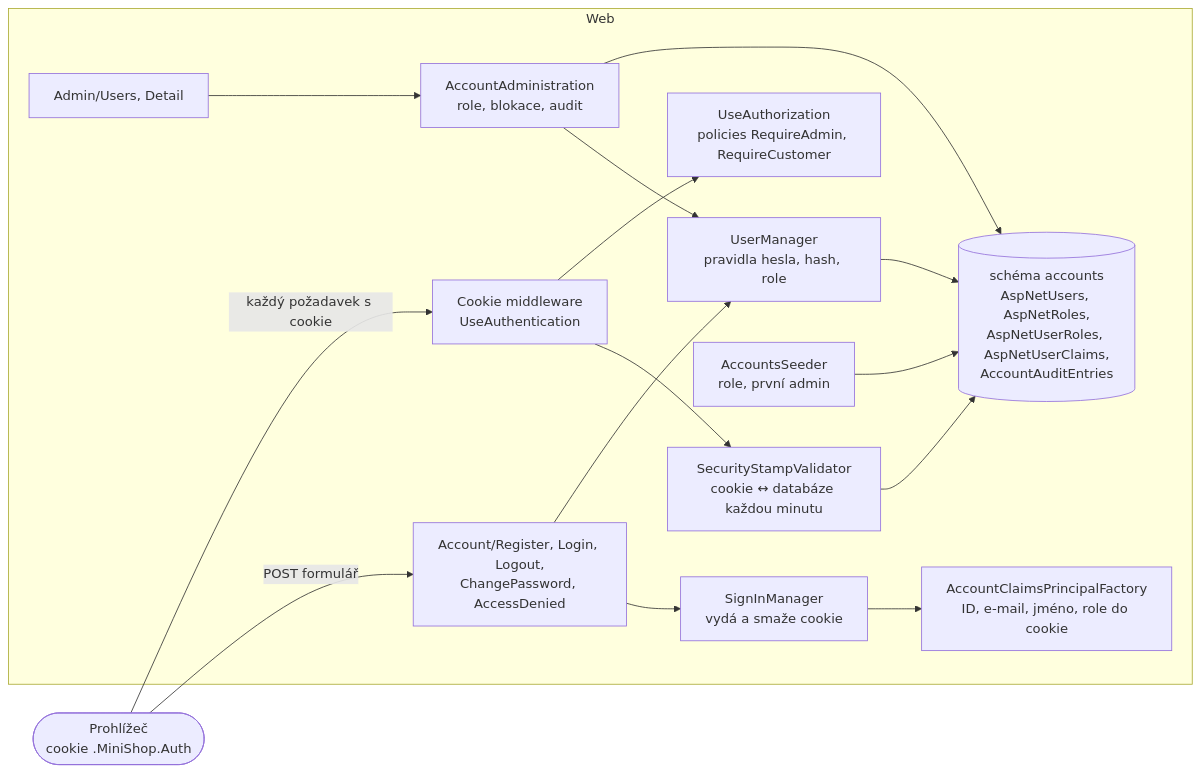
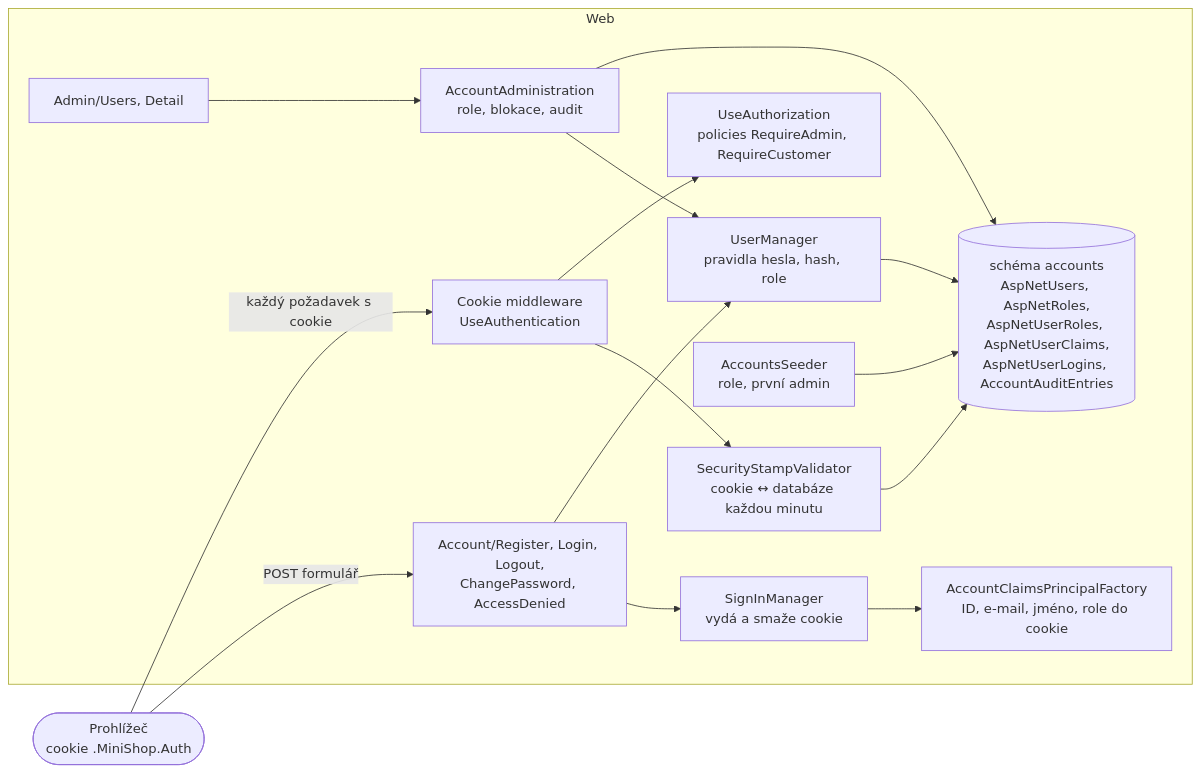
One commit to ftichy/MiniShop changed the sixth of 7 diagrams in docs/prirucka/architektura/moduly/accounts.md. Above: the diagram before and after it, drawn with Mermaid. The commit also changed other lines of this file and 43 other files, not shown here.

````diff
--- a/docs/prirucka/architektura/moduly/accounts.md
+++ b/docs/prirucka/architektura/moduly/accounts.md
@@ -208,32 +286,32 @@
 ```mermaid
 flowchart LR
     browser(["Prohlížeč<br/>cookie .MiniShop.Auth"])
 
     subgraph web["Web"]
         pages["Account/Register, Login, Logout,<br/>ChangePassword, AccessDenied"]
         cookie["Cookie middleware<br/>UseAuthentication"]
         authz["UseAuthorization<br/>policies RequireAdmin, RequireCustomer"]
         signin["SignInManager<br/>vydá a smaže cookie"]
         users["UserManager<br/>pravidla hesla, hash, role"]
         factory["AccountClaimsPrincipalFactory<br/>ID, e-mail, jméno, role do cookie"]
         seeder["AccountsSeeder<br/>role, první admin"]
         adminPages["Admin/Users, Detail"]
         administration["AccountAdministration<br/>role, blokace, audit"]
         stamp["SecurityStampValidator<br/>cookie ↔ databáze každou minutu"]
-        db[("schéma accounts<br/>AspNetUsers, AspNetRoles,<br/>AspNetUserRoles, AspNetUserClaims,<br/>AccountAuditEntries")]
+        db[("schéma accounts<br/>AspNetUsers, AspNetRoles,<br/>AspNetUserRoles, AspNetUserClaims,<br/>AspNetUserLogins, AccountAuditEntries")]
     end
 
     browser -->|"POST formulář"| pages
     pages --> signin
     pages --> users
     signin --> factory
     users --> db
     seeder --> db
     adminPages --> administration
     administration --> users
     administration --> db
     cookie --> stamp
     stamp --> db
     browser -->|"každý požadavek s cookie"| cookie
     cookie --> authz
 ```
````
